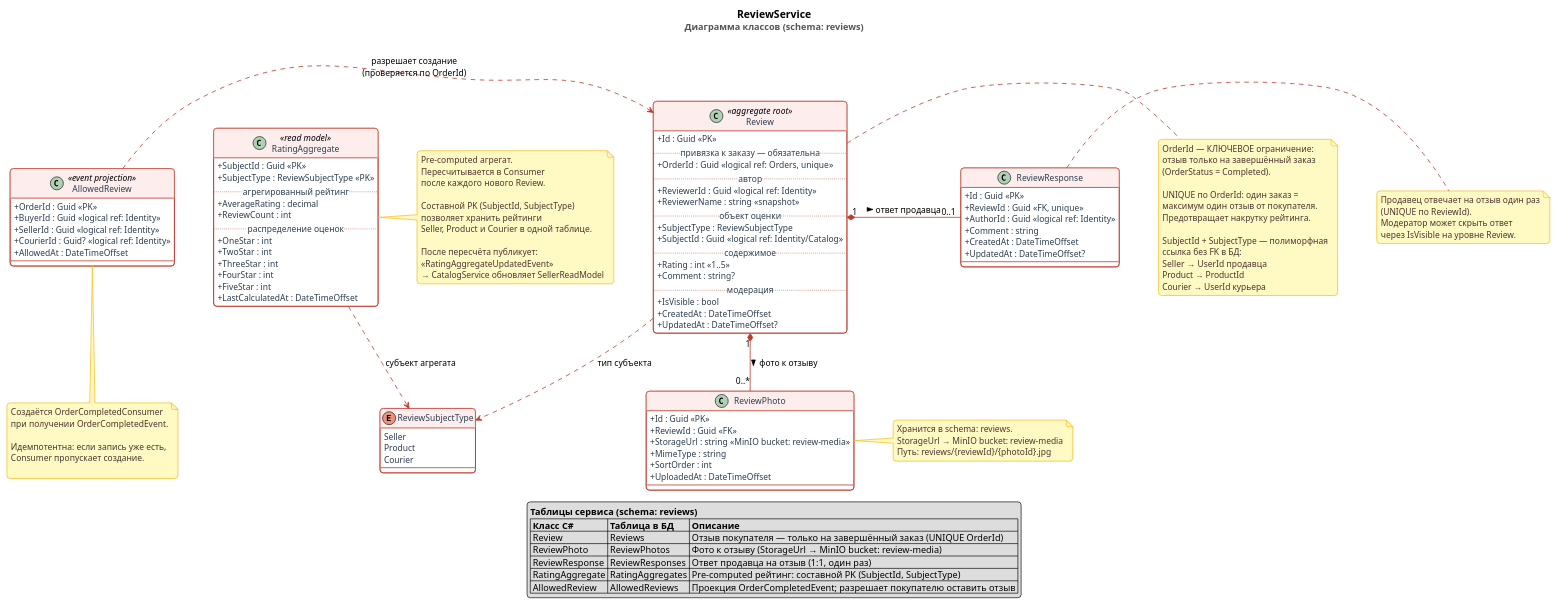
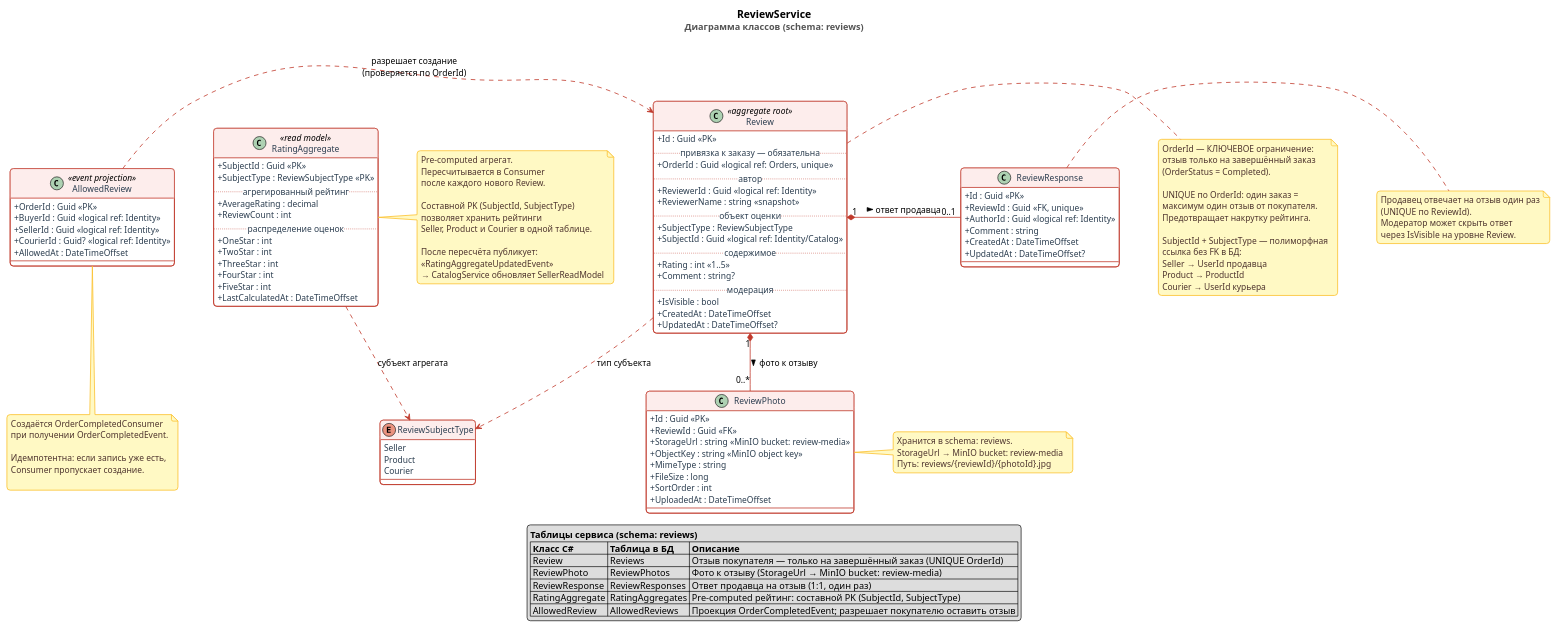
One commit to LocMp-olegg/LocalMarketplace changed the diagram in docs/diagrams/review-service.puml. Above: the diagram before and after it, drawn with PlantUML. The commit also changed 3 other files, not shown here.

Commit message:
chore: upd diagrams

```diff
--- a/docs/diagrams/review-service.puml
+++ b/docs/diagrams/review-service.puml
@@ -1,193 +1,195 @@
 @startuml review-service
 title <size:16><b>ReviewService</b></size>\n<color:#555>Диаграмма классов (schema: reviews)</color>
 
 ' ─── Глобальные настройки стиля ──────────────────────────────────────────────
 skinparam defaultFontName "Segoe UI", Arial, sans-serif
 skinparam defaultFontSize 13
 skinparam roundcorner 10
 skinparam shadowing false
 skinparam classAttributeIconSize 0
 skinparam nodesep 60
 skinparam ranksep 70
 
 skinparam class {
     BackgroundColor White
     HeaderBackgroundColor #FDEDEC
     BorderColor #C0392B
     BorderThickness 1.2
     ArrowColor #C0392B
     ArrowThickness 1.2
     AttributeFontColor #2C3E50
 }
 
 skinparam enum {
     BackgroundColor White
     HeaderBackgroundColor #FADBD8
     BorderColor #B71C1C
     BorderThickness 1.2
 }
 
 skinparam note {
     BackgroundColor #FFF9C4
     BorderColor #FBC02D
     FontColor #4E342E
     BorderThickness 1.2
     roundcorner 6
 }
 
 skinparam stereotypeCBackgroundColor #FADBD8
 skinparam stereotypeABackgroundColor #FDEBD0
 skinparam stereotypeEBackgroundColor #D5F5E3
 
 ' ─── Enums ───────────────────────────────────────────────────────────────────
 
 enum ReviewSubjectType {
     Seller
     Product
     Courier
 }
 
 ' ─── Review Aggregate ────────────────────────────────────────────────────────
 
 class Review <<aggregate root>> {
     + Id : Guid <<PK>>
     ..привязка к заказу — обязательна..
     + OrderId : Guid <<logical ref: Orders, unique>>
     ..автор..
     + ReviewerId : Guid <<logical ref: Identity>>
     + ReviewerName : string <<snapshot>>
     ..объект оценки..
     + SubjectType : ReviewSubjectType
     + SubjectId : Guid <<logical ref: Identity/Catalog>>
     ..содержимое..
     + Rating : int <<1..5>>
     + Comment : string?
     ..модерация..
     + IsVisible : bool
     + CreatedAt : DateTimeOffset
     + UpdatedAt : DateTimeOffset?
 }
 
 class ReviewPhoto {
     + Id : Guid <<PK>>
     + ReviewId : Guid <<FK>>
     + StorageUrl : string <<MinIO bucket: review-media>>
+    + ObjectKey : string <<MinIO object key>>
     + MimeType : string
+    + FileSize : long
     + SortOrder : int
     + UploadedAt : DateTimeOffset
 }
 
 class ReviewResponse {
     + Id : Guid <<PK>>
     + ReviewId : Guid <<FK, unique>>
     + AuthorId : Guid <<logical ref: Identity>>
     + Comment : string
     + CreatedAt : DateTimeOffset
     + UpdatedAt : DateTimeOffset?
 }
 
 ' ─── AllowedReview (event projection) ───────────────────────────────────────
 
 class AllowedReview <<event projection>> {
     + OrderId : Guid <<PK>>
     + BuyerId : Guid <<logical ref: Identity>>
     + SellerId : Guid <<logical ref: Identity>>
     + CourierId : Guid? <<logical ref: Identity>>
     + AllowedAt : DateTimeOffset
 }
 
 ' ─── Aggregated Read Model ───────────────────────────────────────────────────
 
 class RatingAggregate <<read model>> {
     + SubjectId : Guid <<PK>>
     + SubjectType : ReviewSubjectType <<PK>>
     ..агрегированный рейтинг..
     + AverageRating : decimal
     + ReviewCount : int
     ..распределение оценок..
     + OneStar : int
     + TwoStar : int
     + ThreeStar : int
     + FourStar : int
     + FiveStar : int
     + LastCalculatedAt : DateTimeOffset
 }
 
 ' ─── Relationships ────────────────────────────────────────────────────────────
 
 Review "1" *-down- "0..*" ReviewPhoto : фото к отзыву >
 Review "1" *-right- "0..1" ReviewResponse : ответ продавца >
 
 AllowedReview .right.> Review : разрешает создание\n(проверяется по OrderId)
 
 Review ..> ReviewSubjectType : тип субъекта
 RatingAggregate ..> ReviewSubjectType : субъект агрегата
 
 ' ─── Notes ───────────────────────────────────────────────────────────────────
 
 note right of Review
   OrderId — КЛЮЧЕВОЕ ограничение:
   отзыв только на завершённый заказ
   (OrderStatus = Completed).
 
   UNIQUE по OrderId: один заказ =
   максимум один отзыв от покупателя.
   Предотвращает накрутку рейтинга.
 
   SubjectId + SubjectType — полиморфная
   ссылка без FK в БД:
   Seller  → UserId продавца
   Product → ProductId
   Courier → UserId курьера
 end note
 
 note right of RatingAggregate
   Pre-computed агрегат.
   Пересчитывается в Consumer
   после каждого нового Review.
 
   Составной PK (SubjectId, SubjectType)
   позволяет хранить рейтинги
   Seller, Product и Courier в одной таблице.
 
   После пересчёта публикует:
   <<RatingAggregateUpdatedEvent>>
   → CatalogService обновляет SellerReadModel
 end note
 
 note right of ReviewResponse
   Продавец отвечает на отзыв один раз
   (UNIQUE по ReviewId).
   Модератор может скрыть ответ
   через IsVisible на уровне Review.
 end note
 
 note right of ReviewPhoto
   Хранится в schema: reviews.
   StorageUrl → MinIO bucket: review-media
   Путь: reviews/{reviewId}/{photoId}.jpg
 end note
 
 note bottom of AllowedReview
   Создаётся OrderCompletedConsumer
   при получении OrderCompletedEvent.
 
   Идемпотентна: если запись уже есть,
   Consumer пропускает создание.
 
 end note
 
 
 ' ─── Сводная таблица сущностей ───────────────────────────────────────────────
 
 legend bottom
   <b>Таблицы сервиса (schema: reviews)</b>
   |= Класс C# |= Таблица в БД |= Описание |
   | Review | Reviews | Отзыв покупателя — только на завершённый заказ (UNIQUE OrderId) |
   | ReviewPhoto | ReviewPhotos | Фото к отзыву (StorageUrl → MinIO bucket: review-media) |
   | ReviewResponse | ReviewResponses | Ответ продавца на отзыв (1:1, один раз) |
   | RatingAggregate | RatingAggregates | Pre-computed рейтинг: составной PK (SubjectId, SubjectType) |
   | AllowedReview | AllowedReviews | Проекция OrderCompletedEvent; разрешает покупателю оставить отзыв |
 endlegend
 
 @enduml
```
